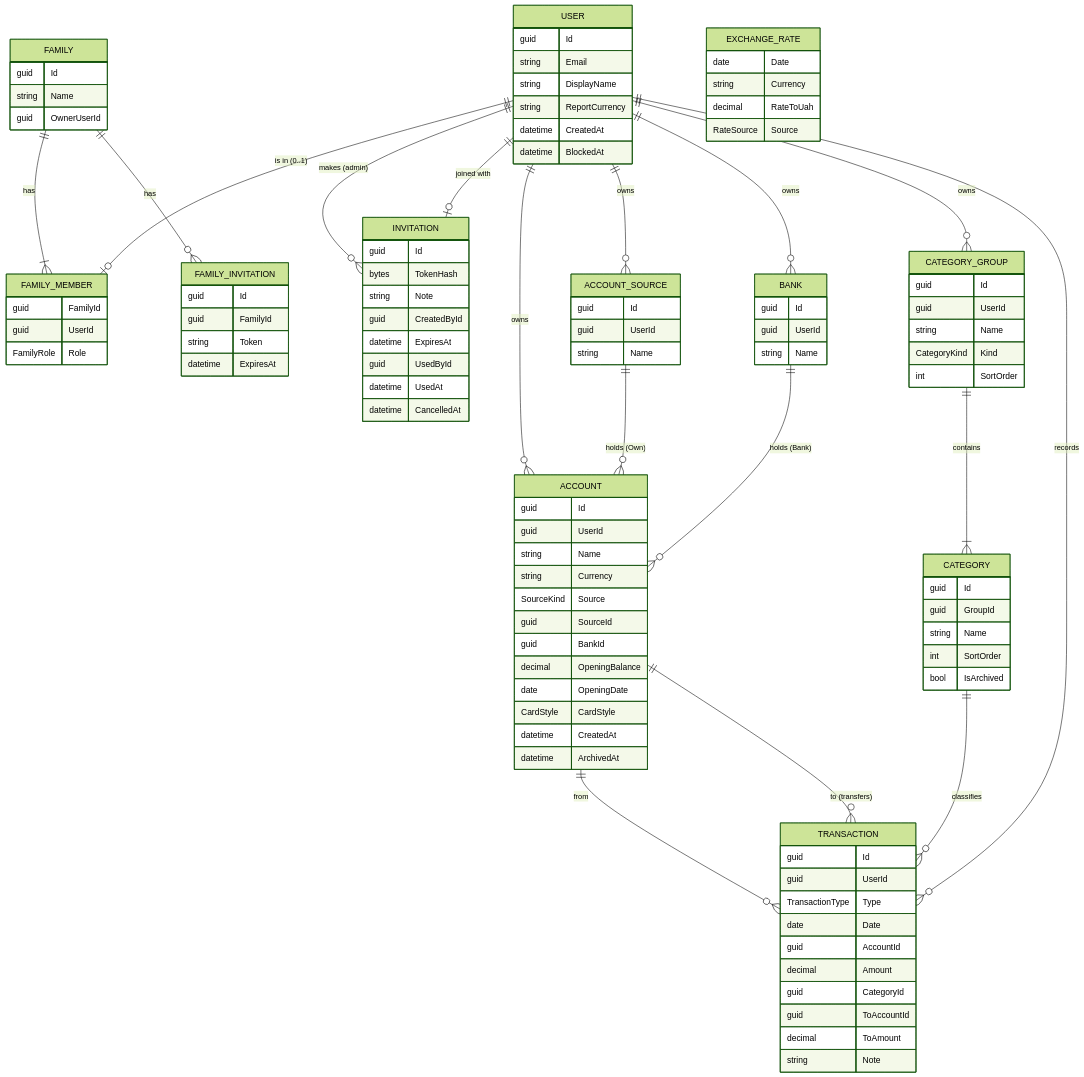
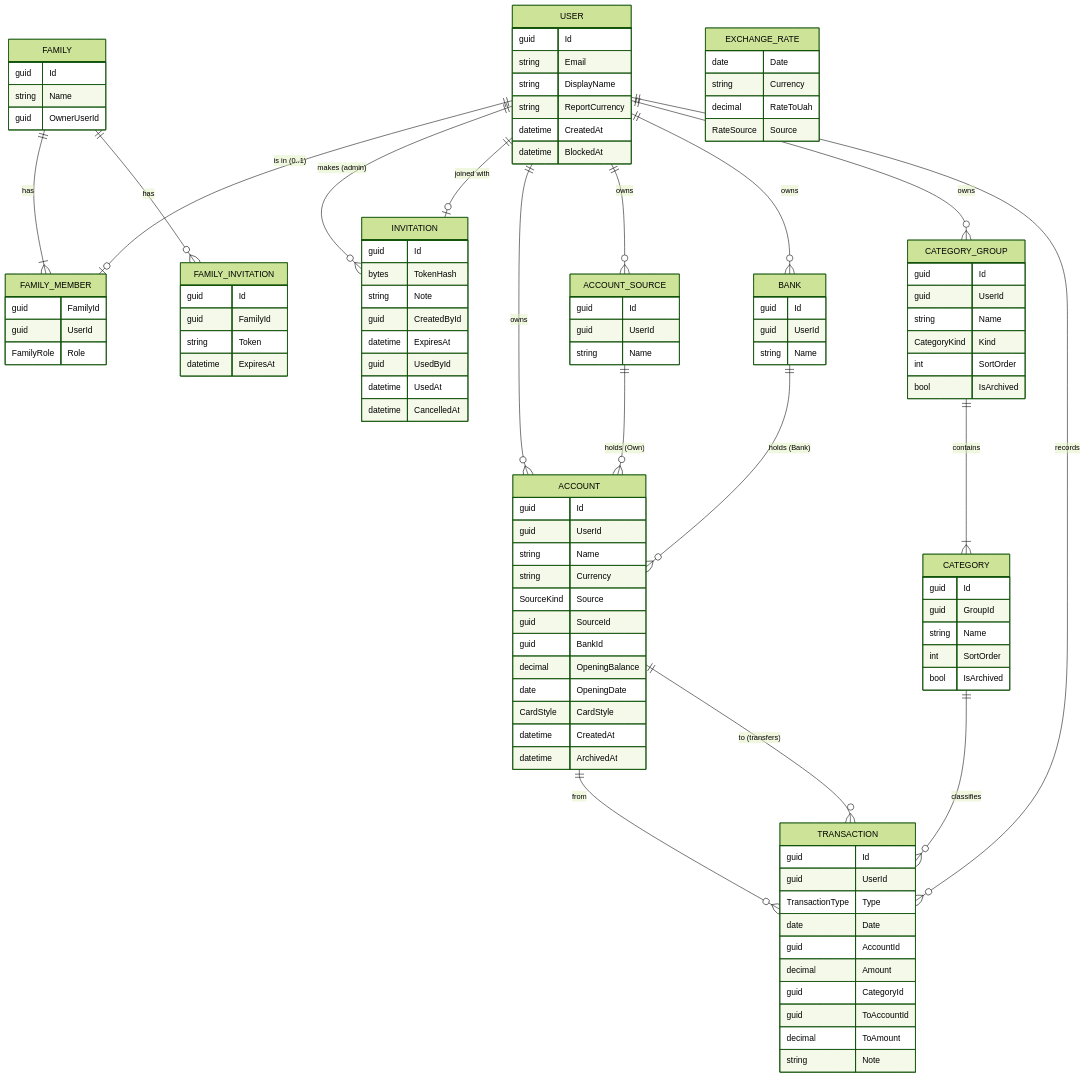
One commit to yuliaBiriukova/PupBudgetPlanner changed the second of 3 diagrams in docs/ARCHITECTURE.md. Above: the diagram before and after it, drawn with Mermaid (forest theme). The commit also changed other lines of this file and 6 other files, not shown here.

Commit message:
F-029: Docs: ADR 0028, architecture, backlog, roadmap, progress

````diff
--- a/docs/ARCHITECTURE.md
+++ b/docs/ARCHITECTURE.md
@@ -88,33 +88,33 @@
 ```mermaid
 erDiagram
     USER ||--o| FAMILY_MEMBER : "is in (0..1)"
     FAMILY ||--|{ FAMILY_MEMBER : has
     FAMILY ||--o{ FAMILY_INVITATION : has
     USER ||--o{ INVITATION : "makes (admin)"
     USER ||--o| INVITATION : "joined with"
     USER ||--o{ ACCOUNT : owns
     USER ||--o{ ACCOUNT_SOURCE : owns
     USER ||--o{ BANK : owns
     ACCOUNT_SOURCE ||--o{ ACCOUNT : "holds (Own)"
     BANK ||--o{ ACCOUNT : "holds (Bank)"
     USER ||--o{ CATEGORY_GROUP : owns
     CATEGORY_GROUP ||--|{ CATEGORY : contains
     USER ||--o{ TRANSACTION : records
     ACCOUNT ||--o{ TRANSACTION : "from"
     ACCOUNT ||--o{ TRANSACTION : "to (transfers)"
     CATEGORY ||--o{ TRANSACTION : "classifies"
     EXCHANGE_RATE
 
     USER { guid Id string Email string DisplayName string ReportCurrency datetime CreatedAt datetime BlockedAt }
     INVITATION { guid Id bytes TokenHash string Note guid CreatedById datetime ExpiresAt guid UsedById datetime UsedAt datetime CancelledAt }
     FAMILY { guid Id string Name guid OwnerUserId }
     FAMILY_MEMBER { guid FamilyId guid UserId FamilyRole Role }
     FAMILY_INVITATION { guid Id guid FamilyId string Token datetime ExpiresAt }
     ACCOUNT { guid Id guid UserId string Name string Currency SourceKind Source guid SourceId guid BankId decimal OpeningBalance date OpeningDate CardStyle CardStyle datetime CreatedAt datetime ArchivedAt }
     ACCOUNT_SOURCE { guid Id guid UserId string Name }
     BANK { guid Id guid UserId string Name }
-    CATEGORY_GROUP { guid Id guid UserId string Name CategoryKind Kind int SortOrder }
+    CATEGORY_GROUP { guid Id guid UserId string Name CategoryKind Kind int SortOrder bool IsArchived }
     CATEGORY { guid Id guid GroupId string Name int SortOrder bool IsArchived }
     TRANSACTION { guid Id guid UserId TransactionType Type date Date guid AccountId decimal Amount guid CategoryId guid ToAccountId decimal ToAmount string Note }
     EXCHANGE_RATE { date Date string Currency decimal RateToUah RateSource Source }
 ```
````
